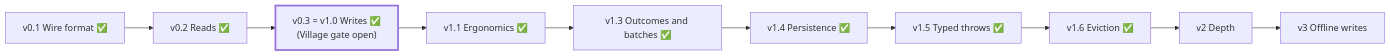
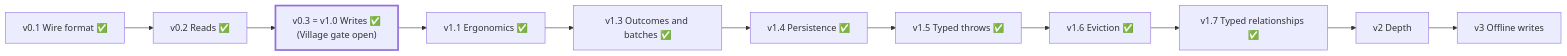
The second of 2 diagrams in docs/ARCHITECTURE.md (winsmith/ion-kit), drawn with Mermaid before and after one commit. The commit also changed other lines of this file and 7 other files, not shown here.

First line of the commit message:
IonKit 1.7: typed, observable relationships (related)

````diff
--- a/docs/ARCHITECTURE.md
+++ b/docs/ARCHITECTURE.md
@@ -491,5 +511,5 @@
 ```mermaid
 flowchart LR
-    v01["v0.1 Wire format ✅"] --> v02["v0.2 Reads ✅"] --> v03["v0.3 = v1.0 Writes ✅<br/>(Village gate open)"] --> v1x["v1.1 Ergonomics ✅"] --> v13["v1.3 Outcomes and batches ✅"] --> v14["v1.4 Persistence ✅"] --> v15["v1.5 Typed throws ✅"] --> v16["v1.6 Eviction ✅"] --> v2["v2 Depth"] --> v3["v3 Offline writes"]
+    v01["v0.1 Wire format ✅"] --> v02["v0.2 Reads ✅"] --> v03["v0.3 = v1.0 Writes ✅<br/>(Village gate open)"] --> v1x["v1.1 Ergonomics ✅"] --> v13["v1.3 Outcomes and batches ✅"] --> v14["v1.4 Persistence ✅"] --> v15["v1.5 Typed throws ✅"] --> v16["v1.6 Eviction ✅"] --> v17["v1.7 Typed relationships ✅"] --> v2["v2 Depth"] --> v3["v3 Offline writes"]
     style v03 stroke-width:3px
 ```
````
